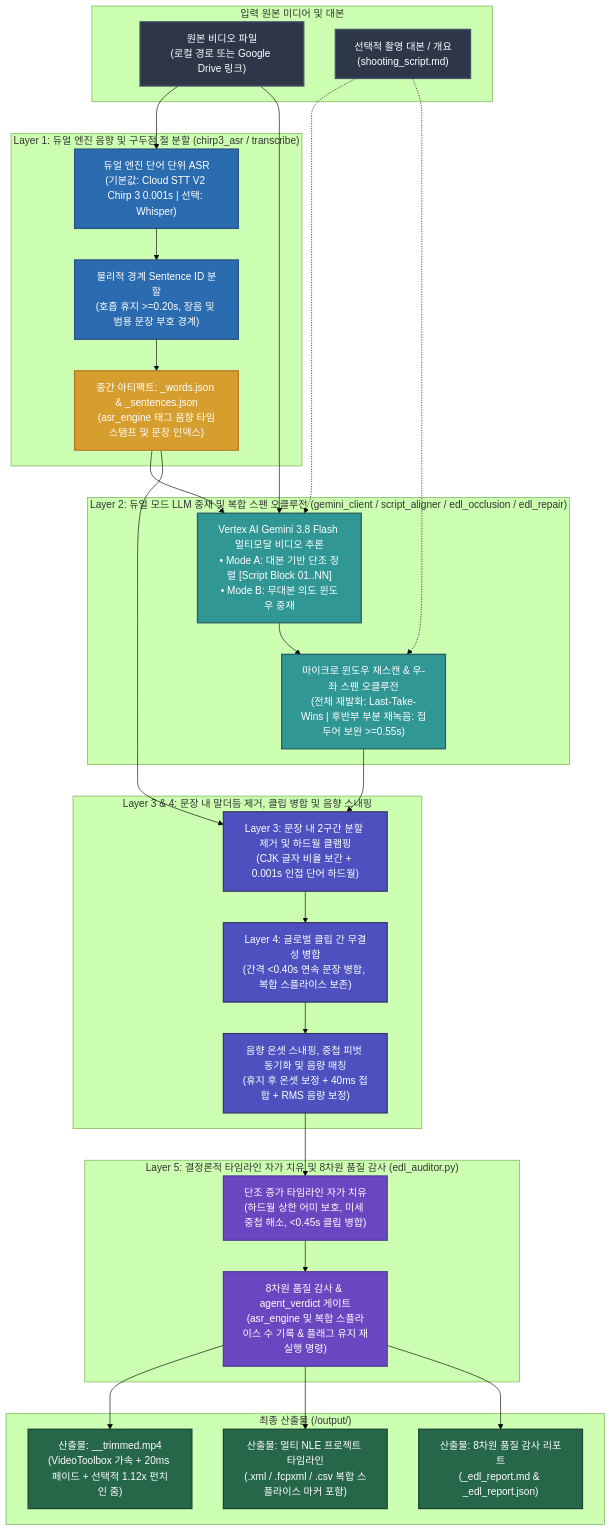
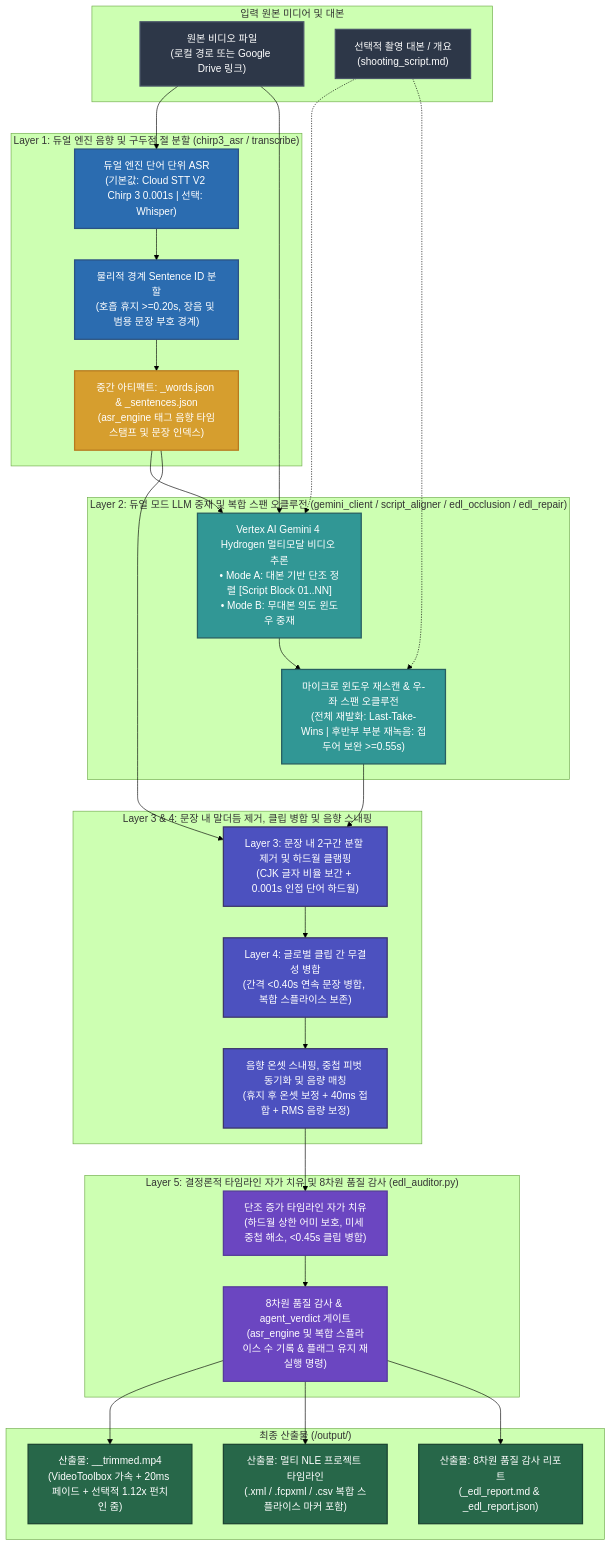
The diagram in README.ko.md (sylphlin/video-trimmer), drawn with Mermaid (forest theme) before and after one commit. The commit also changed other lines of this file and 13 other files, not shown here.

First line of the commit message:
feat(model): upgrade Layer 2 LLM to Gemini 4 Hydrogen (gemini-4-hydrogen)

````diff
--- a/README.ko.md
+++ b/README.ko.md
@@ -20,59 +22,59 @@
 ```mermaid
 flowchart TD
     classDef inputStyle fill:#2D3748,stroke:#4A5568,stroke-width:2px,color:#fff;
     classDef stage1Style fill:#2B6CB0,stroke:#2C5282,stroke-width:2px,color:#fff;
     classDef stage2Style fill:#319795,stroke:#285E61,stroke-width:2px,color:#fff;
     classDef stage3Style fill:#4C51BF,stroke:#3C366B,stroke-width:2px,color:#fff;
     classDef stage4Style fill:#6B46C1,stroke:#553C9A,stroke-width:2px,color:#fff;
     classDef artifactStyle fill:#D69E2E,stroke:#B7791F,stroke-width:2px,color:#fff;
     classDef outputStyle fill:#276749,stroke:#1C4532,stroke-width:2px,color:#fff;
 
     subgraph Inputs["입력 원본 미디어 및 대본"]
         IN["원본 비디오 파일<br/>(로컬 경로 또는 Google Drive 링크)"]:::inputStyle
         SC["선택적 촬영 대본 / 개요<br/>(shooting_script.md)"]:::inputStyle
     end
 
     subgraph L1["Layer 1: 듀얼 엔진 음향 및 구두점 절 분할 (chirp3_asr / transcribe)"]
         W_ASR["듀얼 엔진 단어 단위 ASR<br/>(기본값: Cloud STT V2 Chirp 3 0.001s | 선택: Whisper)"]:::stage1Style
         S_SEG["물리적 경계 Sentence ID 분할<br/>(호흡 휴지 >=0.20s, 장음 및 범용 문장 부호 경계)"]:::stage1Style
         W_JSON["중간 아티팩트: <basename>_words.json & _sentences.json<br/>(asr_engine 태그 음향 타임스탬프 및 문장 인덱스)"]:::artifactStyle
         W_ASR --> S_SEG --> W_JSON
     end
 
     subgraph L2["Layer 2: 듀얼 모드 LLM 중재 및 복합 스팬 오클루전 (gemini_client / script_aligner / edl_occlusion / edl_repair)"]
-        MODE["Vertex AI Gemini 3.8 Flash 멀티모달 비디오 추론<br/>• Mode A: 대본 기반 단조 정렬 [Script Block 01..NN]<br/>• Mode B: 무대본 의도 윈도우 중재"]:::stage2Style
+        MODE["Vertex AI Gemini 4 Hydrogen 멀티모달 비디오 추론<br/>• Mode A: 대본 기반 단조 정렬 [Script Block 01..NN]<br/>• Mode B: 무대본 의도 윈도우 중재"]:::stage2Style
         REPAIR["마이크로 윈도우 재스캔 & 우-좌 스팬 오클루전<br/>(전체 재발화: Last-Take-Wins | 후반부 부분 재녹음: 접두어 보완 >=0.55s)"]:::stage2Style
         MODE --> REPAIR
     end
 
     subgraph L3_L4["Layer 3 & 4: 문장 내 말더듬 제거, 클립 병합 및 음향 스내핑"]
         L3["Layer 3: 문장 내 2구간 분할 제거 및 하드월 클램핑<br/>(CJK 글자 비율 보간 + 0.001s 인접 단어 하드월)"]:::stage3Style
         L4["Layer 4: 글로벌 클립 간 무결성 병합<br/>(간격 <0.40s 연속 문장 병합, 복합 스플라이스 보존)"]:::stage3Style
         AC["음향 온셋 스내핑, 중첩 피벗 동기화 및 음량 매칭<br/>(휴지 후 온셋 보정 + 40ms 접합 + RMS 음량 보정)"]:::stage3Style
         L3 --> L4 --> AC
     end
 
     subgraph L5["Layer 5: 결정론적 타임라인 자가 치유 및 8차원 품질 감사 (edl_auditor.py)"]
         SAN["단조 증가 타임라인 자가 치유<br/>(하드월 상한 어미 보호, 미세 중첩 해소, <0.45s 클립 병합)"]:::stage4Style
         AUD["8차원 품질 감사 & agent_verdict 게이트<br/>(asr_engine 및 복합 스플라이스 수 기록 & 플래그 유지 재실행 명령)"]:::stage4Style
         SAN --> AUD
     end
 
     subgraph Deliverables["최종 산출물 (<input_dir>/output/)"]
         OUT_MP4["산출물: <basename>_<tag>_trimmed.mp4<br/>(VideoToolbox 가속 + 20ms 페이드 + 선택적 1.12x 펀치인 줌)"]:::outputStyle
         OUT_NLE["산출물: 멀티 NLE 프로젝트 타임라인<br/>(.xml / .fcpxml / .csv 복합 스플라이스 마커 포함)"]:::outputStyle
         OUT_REP["산출물: 8차원 품질 감사 리포트<br/>(_edl_report.md & _edl_report.json)"]:::outputStyle
     end
 
     IN --> W_ASR
     IN --> MODE
     SC -.-> MODE
     W_JSON --> MODE
     SC -.-> REPAIR
     REPAIR --> L3
     W_JSON --> L3
     AC --> SAN
     AUD --> OUT_MP4
     AUD --> OUT_NLE
     AUD --> OUT_REP
 ```
````
